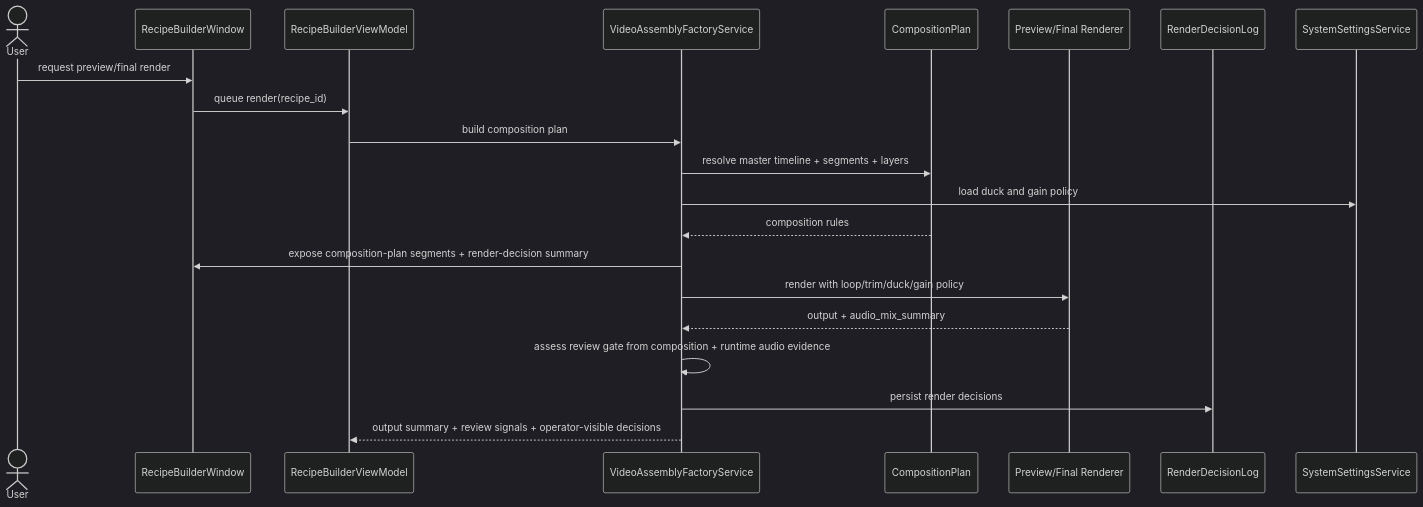
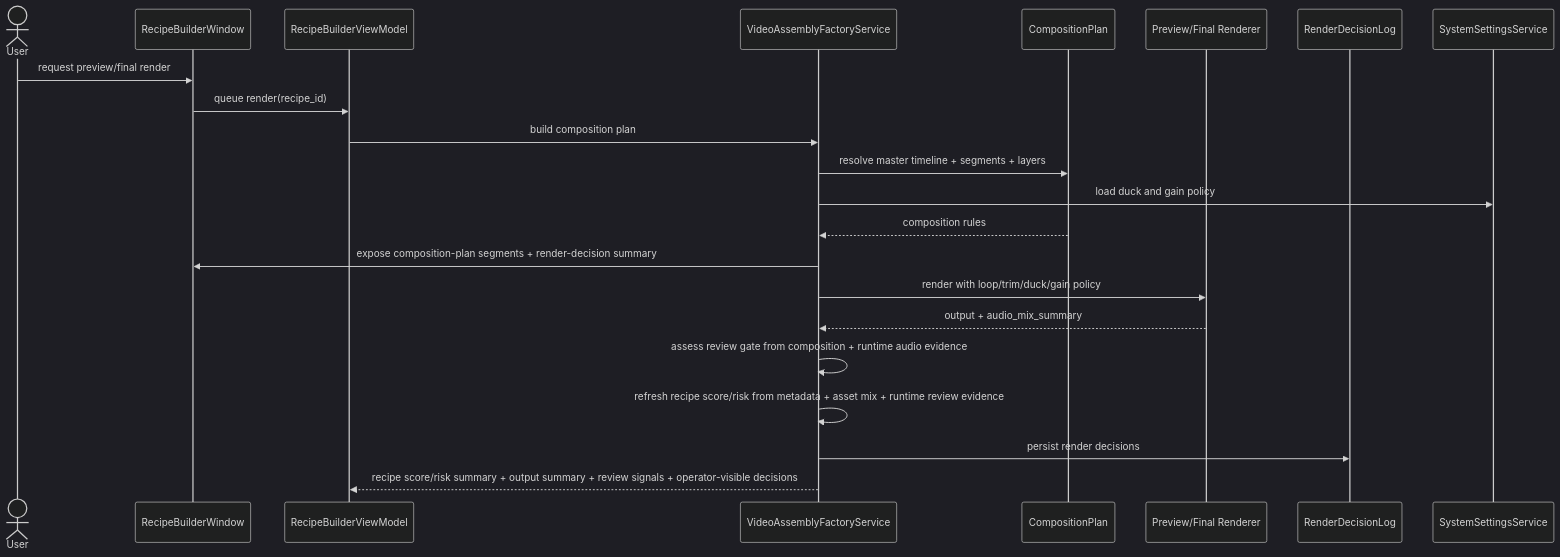
Diagram 14 of 14 in doc/10_UML_System_Overview.md (idev006/MTClipFactory), drawn with Mermaid (dark theme) before and after one commit. The commit also changed other lines of this file and 21 other files, not shown here.

````diff
--- a/doc/10_UML_System_Overview.md
+++ b/doc/10_UML_System_Overview.md
@@ -567,24 +578,25 @@
 ```mermaid
 sequenceDiagram
     actor User
     participant View as RecipeBuilderWindow
     participant VM as RecipeBuilderViewModel
     participant Factory as VideoAssemblyFactoryService
     participant Plan as CompositionPlan
     participant Render as Preview/Final Renderer
     participant Audit as RenderDecisionLog
     participant Settings as SystemSettingsService
 
     User->>View: request preview/final render
     View->>VM: queue render(recipe_id)
     VM->>Factory: build composition plan
     Factory->>Plan: resolve master timeline + segments + layers
     Factory->>Settings: load duck and gain policy
     Plan-->>Factory: composition rules
     Factory->>View: expose composition-plan segments + render-decision summary
     Factory->>Render: render with loop/trim/duck/gain policy
     Render-->>Factory: output + audio_mix_summary
     Factory->>Factory: assess review gate from composition + runtime audio evidence
+    Factory->>Factory: refresh recipe score/risk from metadata + asset mix + runtime review evidence
     Factory->>Audit: persist render decisions
-    Factory-->>VM: output summary + review signals + operator-visible decisions
+    Factory-->>VM: recipe score/risk summary + output summary + review signals + operator-visible decisions
 ```
````
